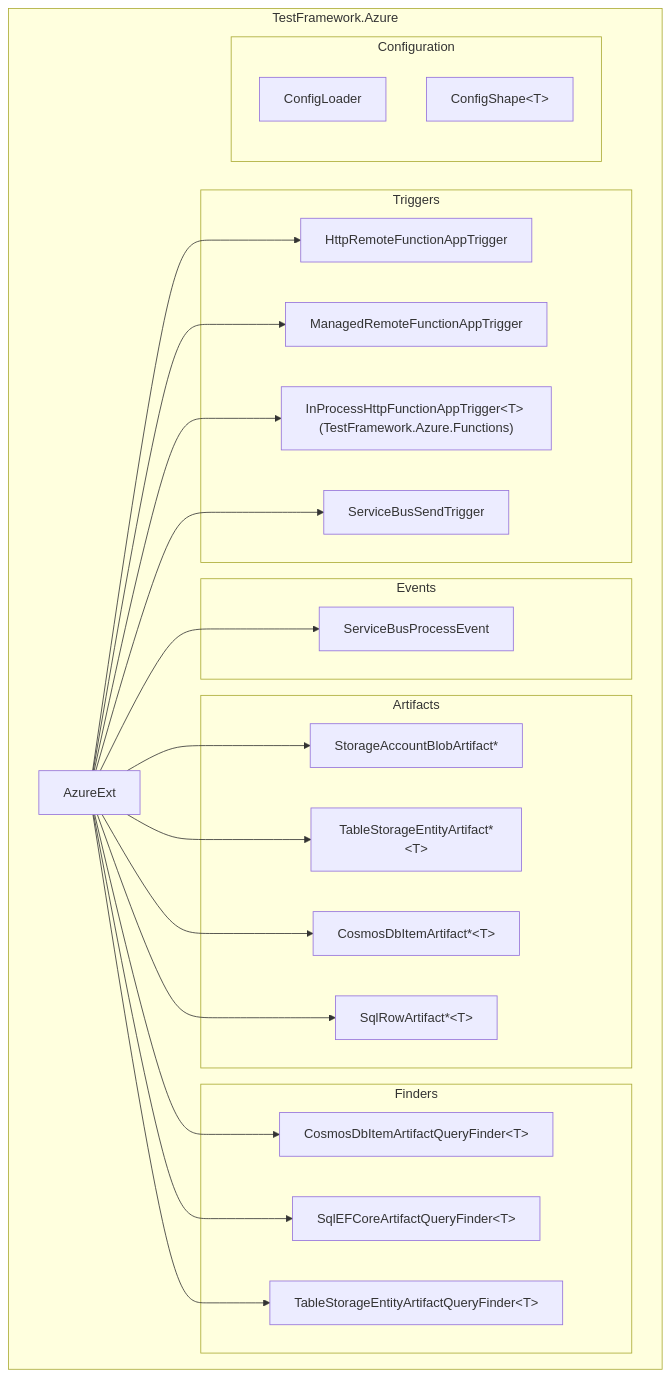
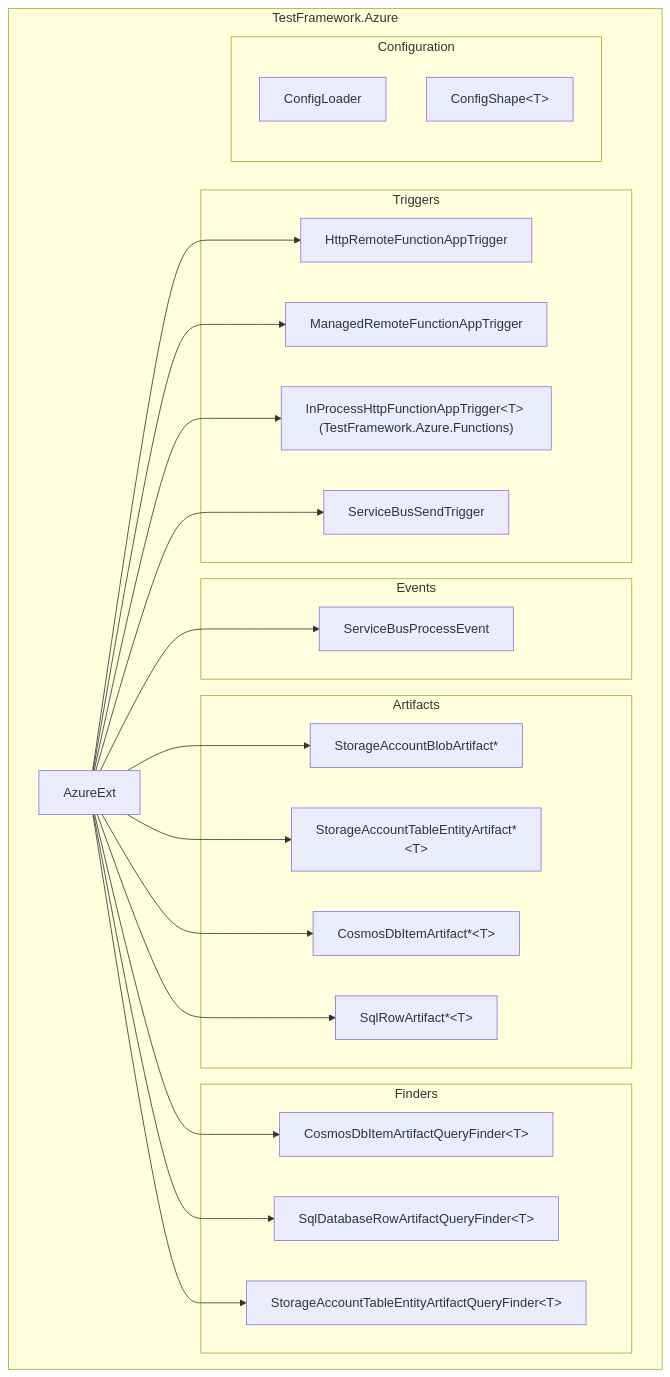
One commit to DeadMoon0/TestFramework-Azure changed the third of 17 diagrams in Documentation/Arc42.md. Above: the diagram before and after it, drawn with Mermaid. The commit also changed other lines of this file and 70 other files, not shown here.

````diff
--- a/Documentation/Arc42.md
+++ b/Documentation/Arc42.md
@@ -178,42 +178,42 @@
 ```mermaid
 graph TB
     subgraph TestFramework.Azure
         ATF[AzureExt]
         subgraph Triggers
             FHTTP[HttpRemoteFunctionAppTrigger]
             FMAN[ManagedRemoteFunctionAppTrigger]
             FIP["InProcessHttpFunctionAppTrigger&lt;T&gt; (TestFramework.Azure.Functions)"]
             SBS[ServiceBusSendTrigger]
         end
         subgraph Artifacts
             BLOB[StorageAccountBlobArtifact*]
-            TBL["TableStorageEntityArtifact*&lt;T&gt;"]
+            TBL["StorageAccountTableEntityArtifact*&lt;T&gt;"]
             COSM["CosmosDbItemArtifact*&lt;T&gt;"]
             SQLR["SqlRowArtifact*&lt;T&gt;"]
         end
         subgraph Events
             SBE[ServiceBusProcessEvent]
         end
         subgraph Finders
             COSMF["CosmosDbItemArtifactQueryFinder&lt;T&gt;"]
-            SQLF["SqlEFCoreArtifactQueryFinder&lt;T&gt;"]
-            TBLF["TableStorageEntityArtifactQueryFinder&lt;T&gt;"]
+            SQLF["SqlDatabaseRowArtifactQueryFinder&lt;T&gt;"]
+            TBLF["StorageAccountTableEntityArtifactQueryFinder&lt;T&gt;"]
         end
         subgraph Configuration
             CL[ConfigLoader]
             CS["ConfigShape&lt;T&gt;"]
         end
     end
     ATF --> FHTTP
     ATF --> FMAN
     ATF --> FIP
     ATF --> SBS
     ATF --> SBE
     ATF --> BLOB
     ATF --> TBL
     ATF --> COSM
     ATF --> SQLR
     ATF --> COSMF
     ATF --> SQLF
     ATF --> TBLF
 ```
````
